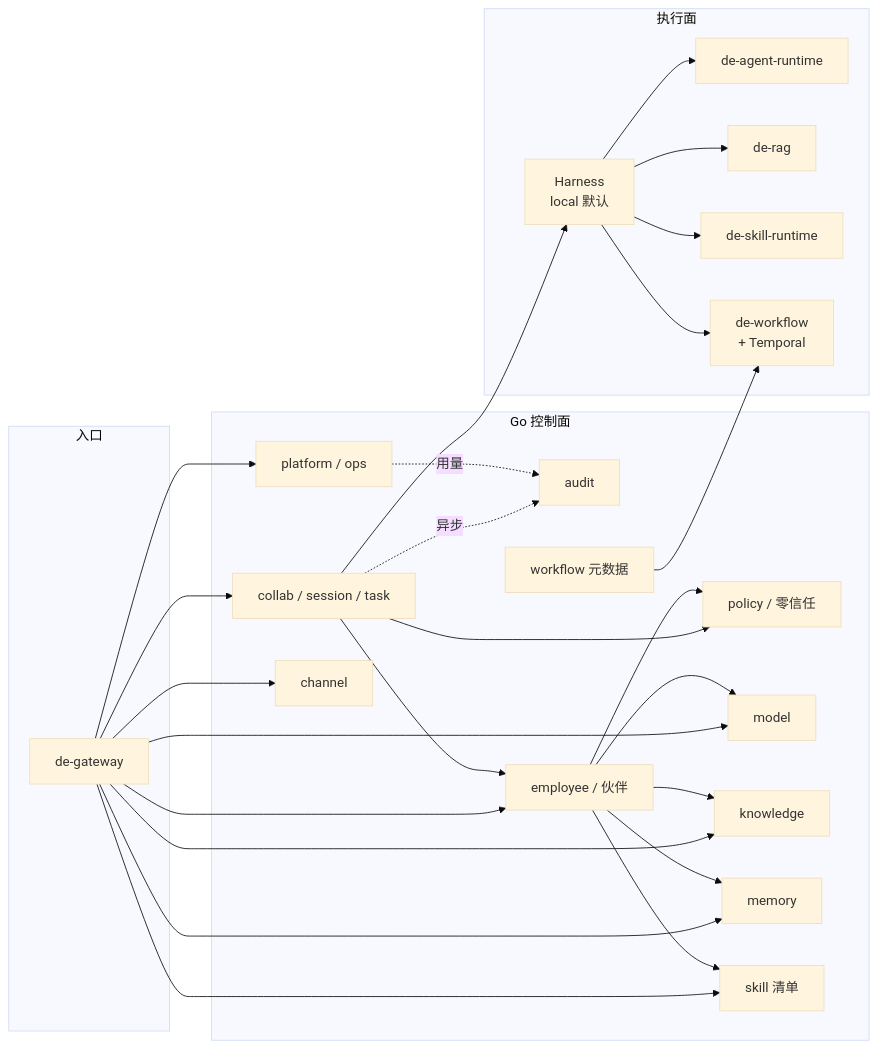
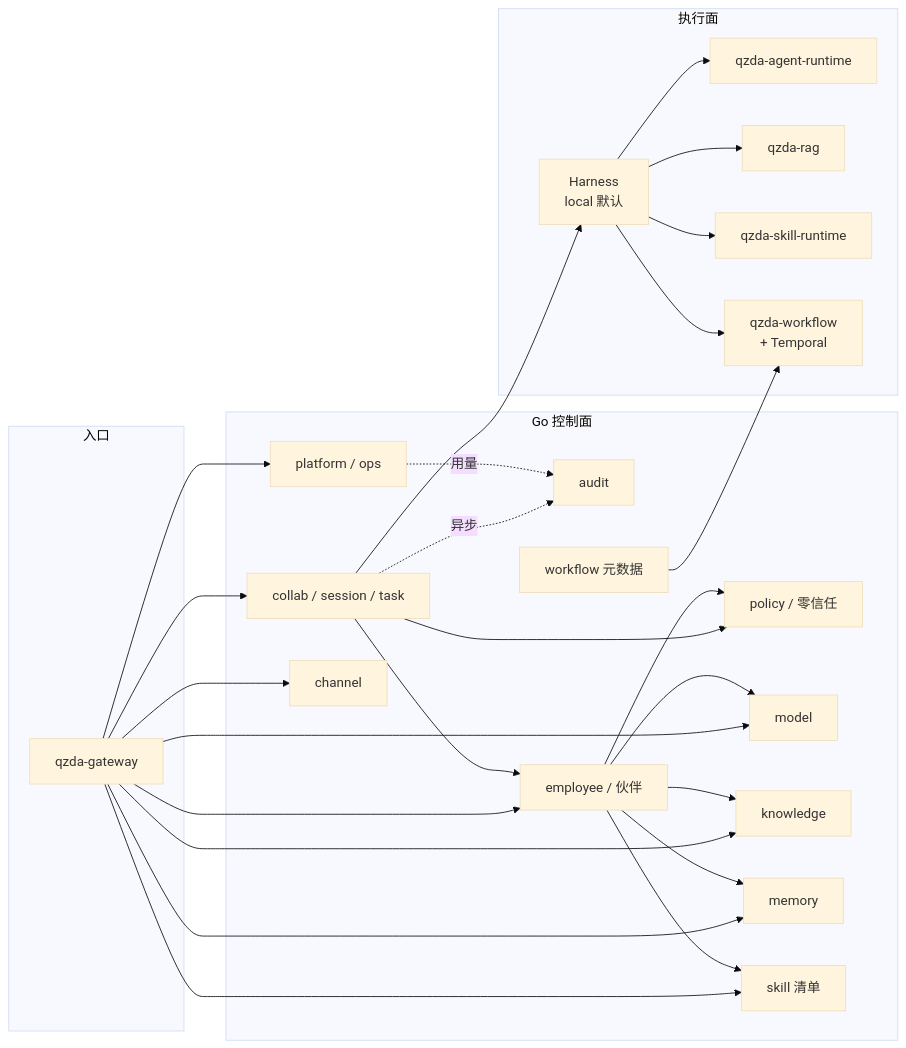
One commit to Lianjifu/QiZhiDaPartnerPlatform changed the second of 3 diagrams in backend/README.md. Above: the diagram before and after it, drawn with Mermaid (base theme). The commit also changed other lines of this file and 245 other files, not shown here.

````diff
--- a/backend/README.md
+++ b/backend/README.md
@@ -106,48 +106,48 @@
 ```mermaid
 flowchart LR
   subgraph Gateway["入口"]
-    GW[de-gateway]
+    GW[qzda-gateway]
   end
 
   subgraph Control["Go 控制面"]
     PLAT[platform / ops]
     POL[policy / 零信任]
     AUD[audit]
     COLL[collab / session / task]
     EMP[employee / 伙伴]
     MOD[model]
     KNOW[knowledge]
     MEM[memory]
     SKILL_META[skill 清单]
     CHAN[channel]
     FLOW_META[workflow 元数据]
   end
 
   subgraph Exec["执行面"]
     HARN[Harness<br/>local 默认]
-    AGENT[de-agent-runtime]
-    RAG[de-rag]
-    SKRT[de-skill-runtime]
-    TEMP[de-workflow<br/>+ Temporal]
+    AGENT[qzda-agent-runtime]
+    RAG[qzda-rag]
+    SKRT[qzda-skill-runtime]
+    TEMP[qzda-workflow<br/>+ Temporal]
   end
 
   GW --> PLAT
   GW --> COLL
   GW --> EMP
   GW --> MOD & KNOW & MEM & SKILL_META & CHAN
 
   COLL --> POL
   EMP --> POL
   COLL --> EMP
   EMP --> MOD & KNOW & MEM & SKILL_META
 
   COLL --> HARN
   HARN --> AGENT
   HARN --> RAG
   HARN --> SKRT
   HARN --> TEMP
   FLOW_META --> TEMP
 
   COLL -.异步.-> AUD
   PLAT -.用量.-> AUD
 ```
````
